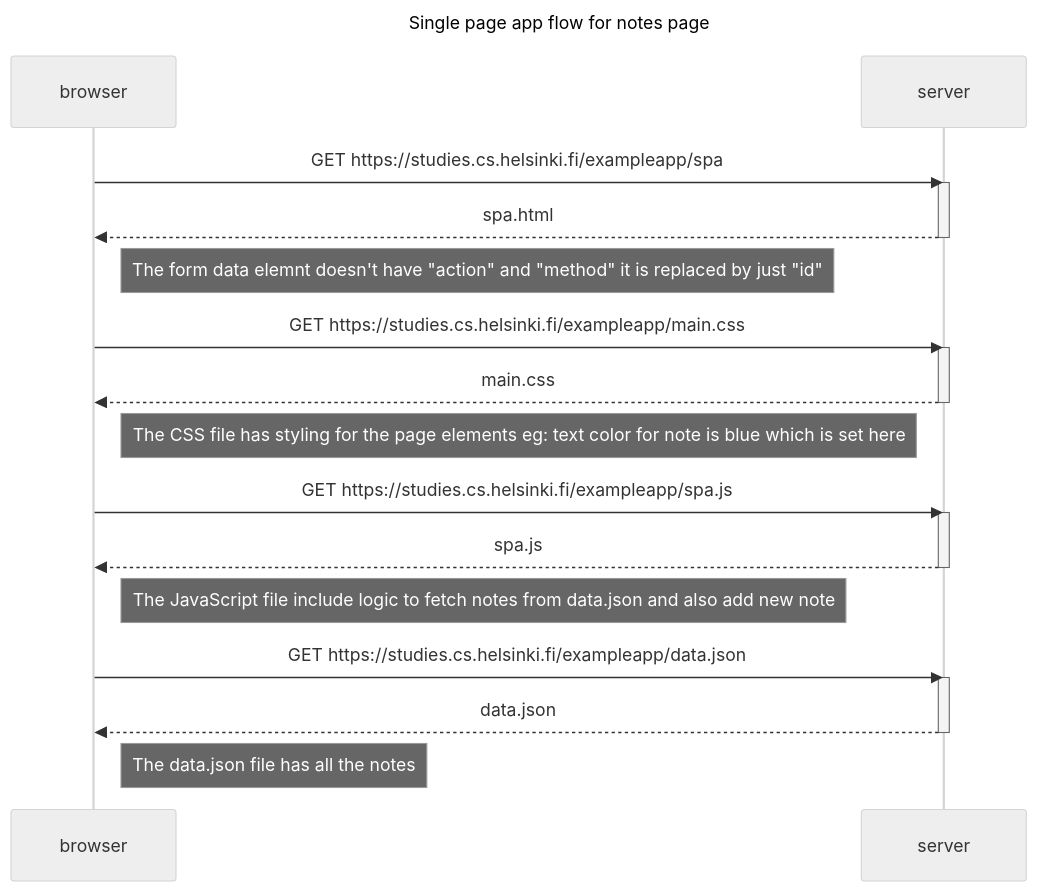
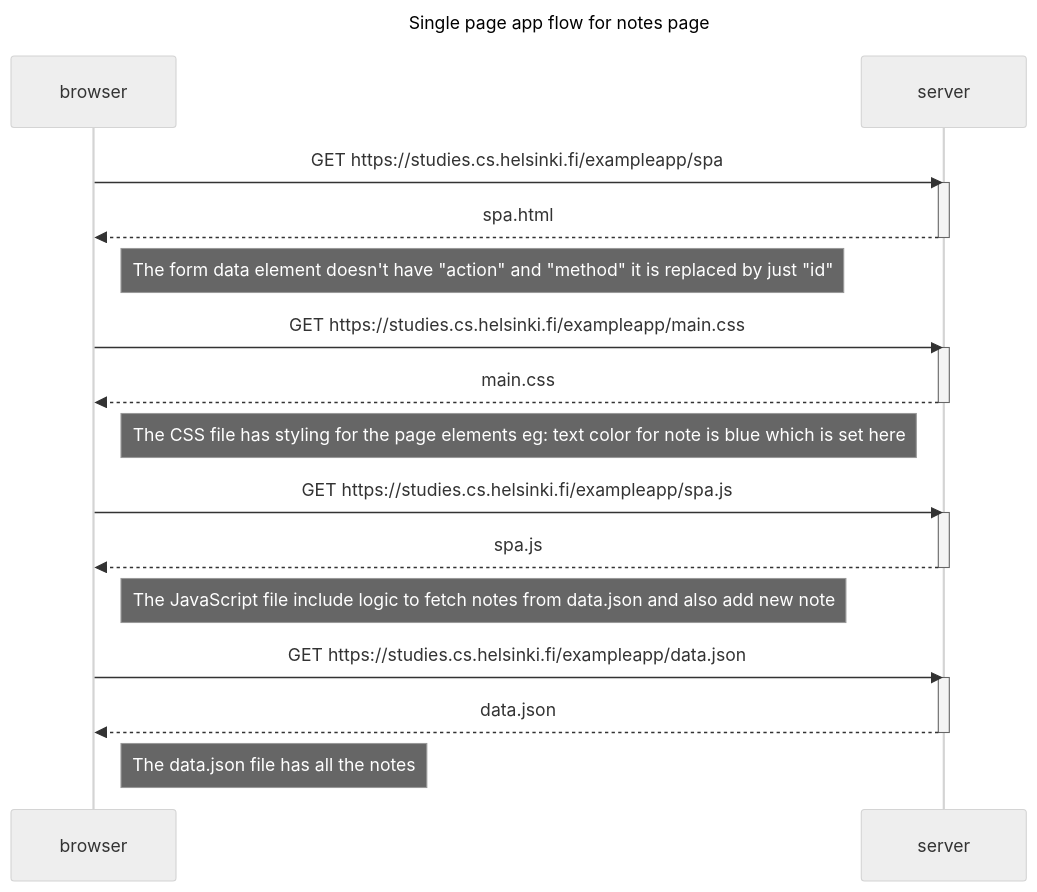
Before and after one commit to R-404/Full_stack_Open: the diagram in part0/0_5_single_page_app.md, drawn with Mermaid (neutral theme). The commit also changed 2 other files, not shown here.

Commit message:
modify: minor correction / typo

````diff
--- a/part0/0_5_single_page_app.md
+++ b/part0/0_5_single_page_app.md
@@ -1,34 +1,34 @@
 ```mermaid
 sequenceDiagram
     participant browser
     participant server
     title Single page app flow for notes page
 
     browser->>server: GET https://studies.cs.helsinki.fi/exampleapp/spa
     activate server
     server-->>browser: spa.html
     deactivate server
 
-    Note right of browser: The form data elemnt doesn't have "action" and "method" it is replaced by just "id"
+    Note right of browser: The form data element doesn't have "action" and "method" it is replaced by just "id"
 
     browser->>server: GET https://studies.cs.helsinki.fi/exampleapp/main.css
     activate server
     server-->>browser: main.css
     deactivate server
 
     Note right of browser: The CSS file has styling for the page elements eg: text color for note is blue which is set here
 
     browser->>server: GET https://studies.cs.helsinki.fi/exampleapp/spa.js
     activate server
     server-->>browser: spa.js
     deactivate server
 
     Note right of browser: The JavaScript file include logic to fetch notes from data.json and also add new note
 
     browser->>server: GET https://studies.cs.helsinki.fi/exampleapp/data.json
     activate server
     server-->>browser: data.json
     deactivate server
 
     Note right of browser: The data.json file has all the notes
 ```
````
